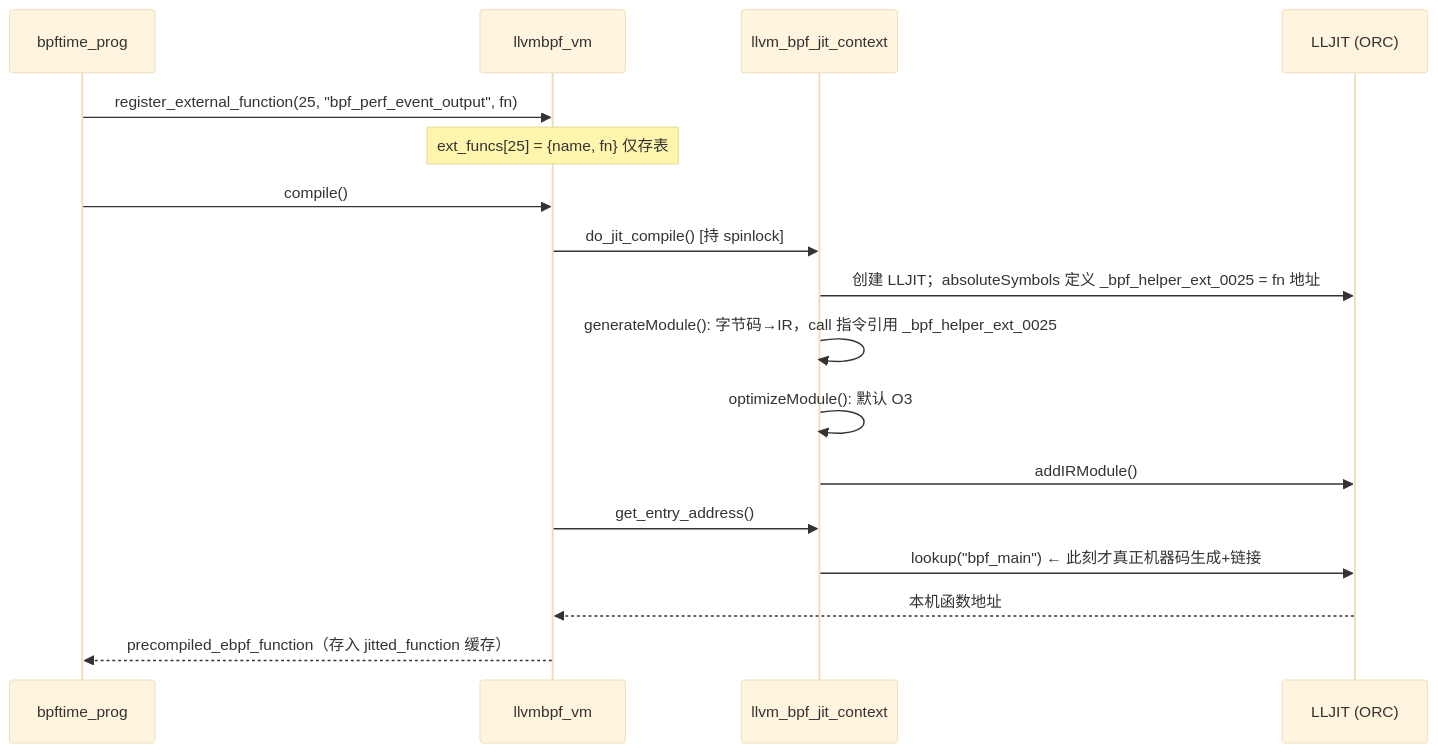
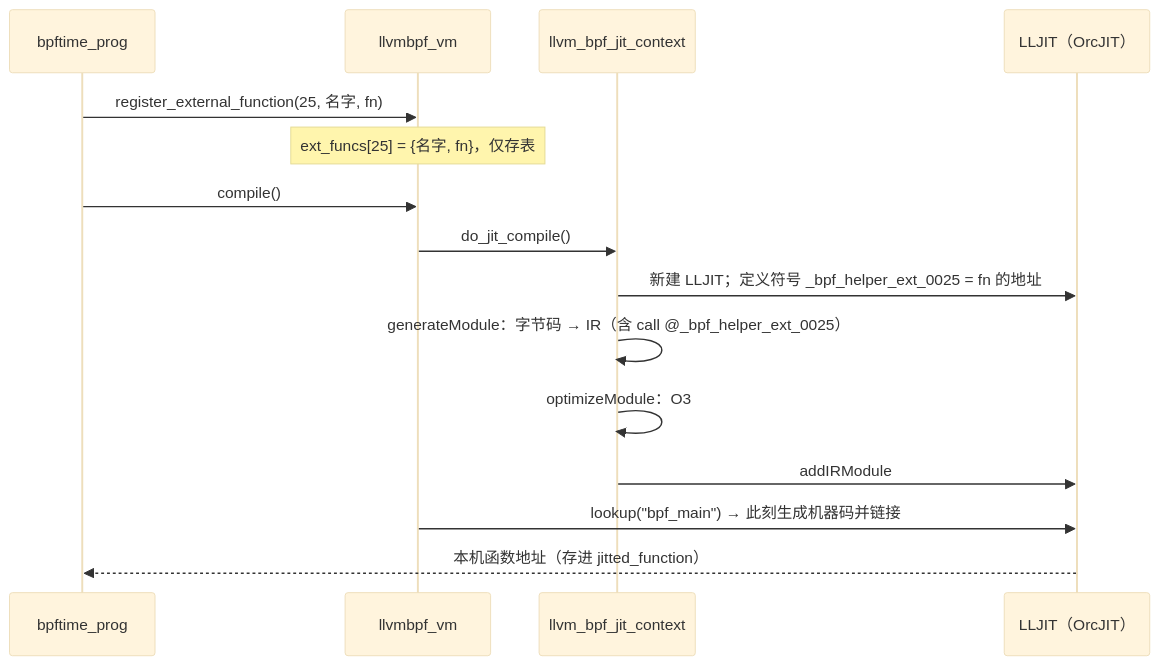
Before and after one commit to plsy1/bpftime-benchmark: the second of 3 diagrams in 05-vm-llvm-jit.md, drawn with Mermaid (base theme). The commit also changed other lines of this file and 10 other files, not shown here.

````diff
--- a/05-vm-llvm-jit.md
+++ b/05-vm-llvm-jit.md
@@ -305,19 +110,17 @@
 ```mermaid
 sequenceDiagram
     participant P as bpftime_prog
     participant V as llvmbpf_vm
     participant C as llvm_bpf_jit_context
-    participant L as LLJIT (ORC)
-    P->>V: register_external_function(25, "bpf_perf_event_output", fn)
-    Note over V: ext_funcs[25] = {name, fn} 仅存表
+    participant L as LLJIT（OrcJIT）
+    P->>V: register_external_function(25, 名字, fn)
+    Note over V: ext_funcs[25] = {名字, fn}，仅存表
     P->>V: compile()
-    V->>C: do_jit_compile()  [持 spinlock]
-    C->>L: 创建 LLJIT；absoluteSymbols 定义 _bpf_helper_ext_0025 = fn 地址
-    C->>C: generateModule(): 字节码→IR，call 指令引用 _bpf_helper_ext_0025
-    C->>C: optimizeModule(): 默认 O3
-    C->>L: addIRModule()
-    V->>C: get_entry_address()
-    C->>L: lookup("bpf_main")  ← 此刻才真正机器码生成+链接
-    L-->>V: 本机函数地址
-    V-->>P: precompiled_ebpf_function（存入 jitted_function 缓存）
+    V->>C: do_jit_compile()
+    C->>L: 新建 LLJIT；定义符号 _bpf_helper_ext_0025 = fn 的地址
+    C->>C: generateModule：字节码 → IR（含 call @_bpf_helper_ext_0025）
+    C->>C: optimizeModule：O3
+    C->>L: addIRModule
+    V->>L: lookup("bpf_main") → 此刻生成机器码并链接
+    L-->>P: 本机函数地址（存进 jitted_function）
 ```
````
